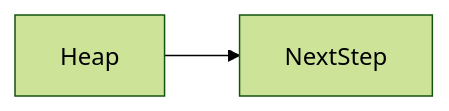
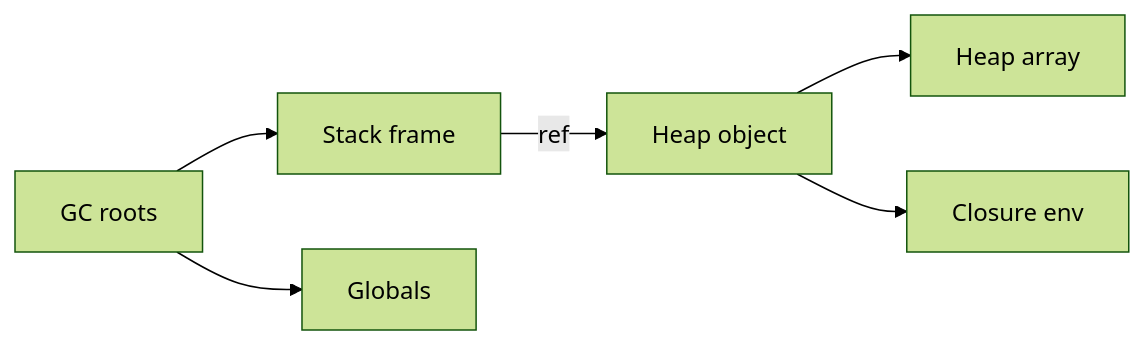
One commit to OmidJavaherii/Frontend-Engineering-Handbook changed the second of 2 diagrams in docs/en/01-computer-science/heap/index.md. Above: the diagram before and after it, drawn with Mermaid (forest theme). The commit also changed other lines of this file and 461 other files, not shown here.

````diff
--- a/docs/en/01-computer-science/heap/index.md
+++ b/docs/en/01-computer-science/heap/index.md
@@ -96,4 +139,8 @@
 ```mermaid
 flowchart LR
-  concept[Heap] --> nextStep[NextStep]
+  frame[Stack frame] -->|ref| obj[Heap object]
+  obj --> arr[Heap array]
+  obj --> clo[Closure env]
+  roots[GC roots] --> frame
+  roots --> globals[Globals]
 ```
````
